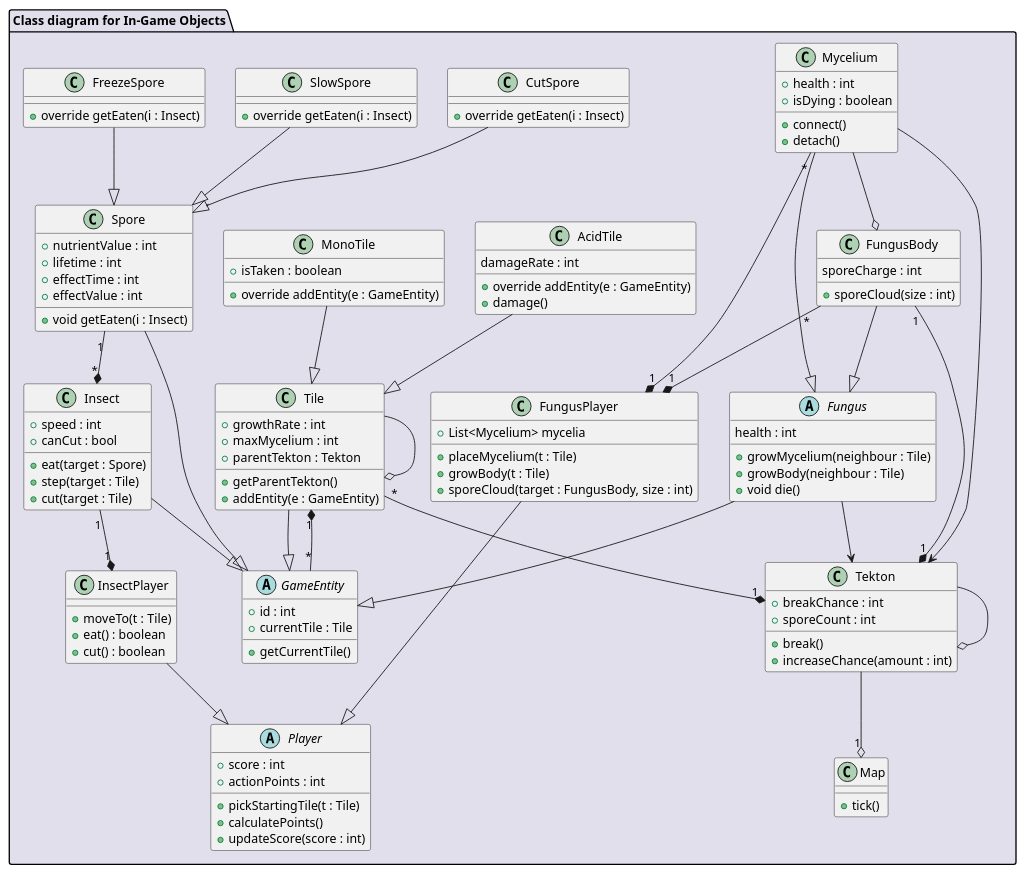
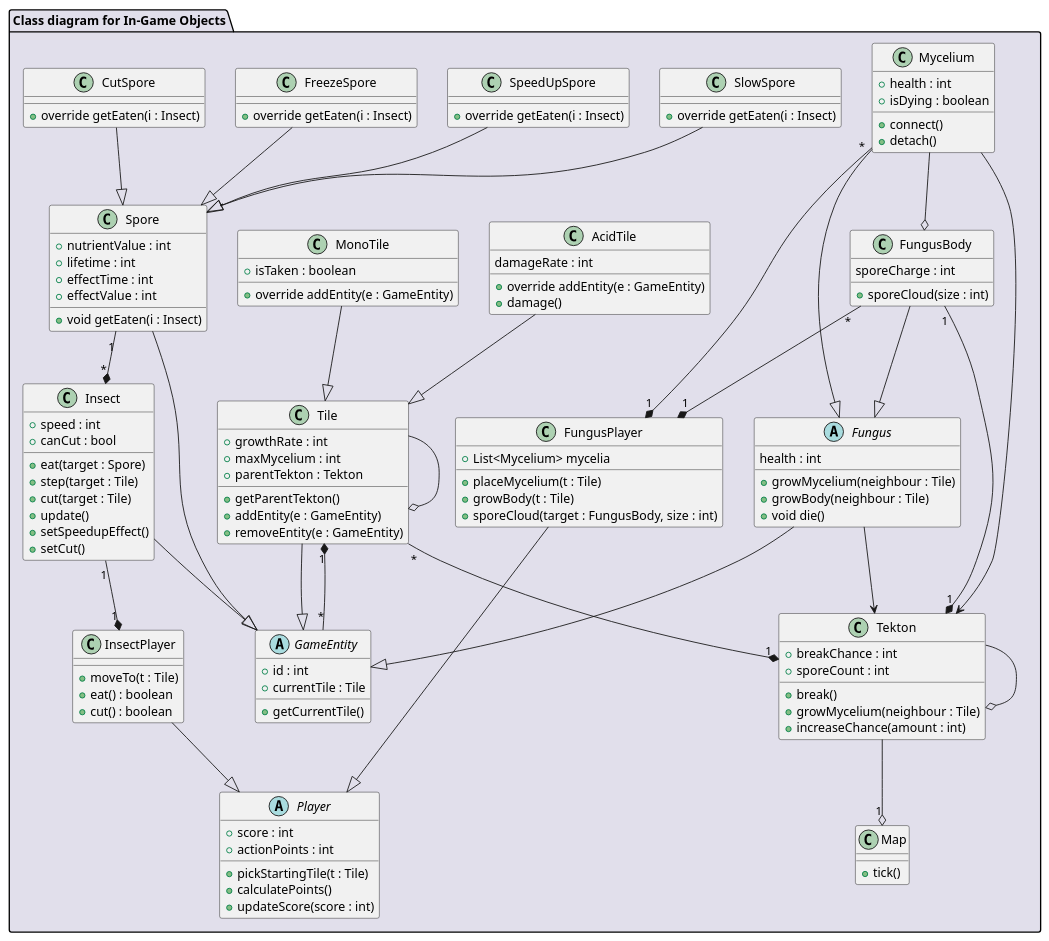
Before and after one commit to Harcipan/Projlab_nullpointerexception: the diagram in diagrams/diagramFiles/CD_InGameObjects.puml, drawn with PlantUML. The commit also changed 4 other files, not shown here.

```diff
--- a/diagrams/diagramFiles/CD_InGameObjects.puml
+++ b/diagrams/diagramFiles/CD_InGameObjects.puml
@@ -1,147 +1,159 @@
 @startuml CD_InGameObjects
 
 package "Class diagram for In-Game Objects" #E1DFEB {
     
     'world elements'
 
     class Map {
         + tick()
     }
 
     class Tekton {
         + breakChance : int
         + sporeCount : int
         + break()
+        + growMycelium(neighbour : Tile)
         + increaseChance(amount : int)
     }
 
     class Tile {
         + growthRate : int
         + maxMycelium : int
         + parentTekton : Tekton
         + getParentTekton()
         + addEntity(e : GameEntity)
+        + removeEntity(e : GameEntity)
     }
 
     class MonoTile {
         + isTaken : boolean
         + override addEntity(e : GameEntity)
     }
 
     class AcidTile {
         damageRate : int
         + override addEntity(e : GameEntity)
         + damage()
     }
     'interactive elements'
 
     abstract class GameEntity {
         + id : int
         + currentTile : Tile
         + getCurrentTile()
     }
 
     class Mycelium {
         + health : int
         + isDying : boolean
         + connect()
         + detach()
     }
 
     class Spore {
         + nutrientValue : int
         + lifetime : int
         + effectTime : int
         + effectValue : int
         + void getEaten(i : Insect)
     }
 
     class SlowSpore {
+        + override getEaten(i : Insect)
+    }
+
+    class SpeedUpSpore {
         + override getEaten(i : Insect)
     }
 
     class FreezeSpore {
         + override getEaten(i : Insect)
     }
 
     class CutSpore {
         + override getEaten(i : Insect)
     }
 
     'playable elements'
 
     abstract class Player {
         + score : int
         + actionPoints : int
         + pickStartingTile(t : Tile)
         + calculatePoints()
         + updateScore(score : int)
     }
 
 
     class FungusPlayer {
         + List<Mycelium> mycelia
         + placeMycelium(t : Tile)
         + growBody(t : Tile)
         + sporeCloud(target : FungusBody, size : int)
     }
 
     abstract class Fungus {
         health : int
         + growMycelium(neighbour : Tile)
         + growBody(neighbour : Tile)
         + void die()
     }
 
     class FungusBody {
         sporeCharge : int
         + sporeCloud(size : int)
     }
     
     class InsectPlayer {
         + moveTo(t : Tile)
         + eat() : boolean
         + cut() : boolean
     }
 
     class Insect {
         + speed : int
         + canCut : bool
         + eat(target : Spore)
         + step(target : Tile)
         + cut(target : Tile)
+        + update()
+        + setSpeedupEffect()
+        + setCut()
     }
 
     'connections'
 
     Spore --|> GameEntity
     Fungus --|> GameEntity
     Insect --|> GameEntity
     Tile --|> GameEntity
 
     Mycelium --o FungusBody
     SlowSpore --|> Spore
     FreezeSpore --|> Spore
+    SpeedUpSpore --|> Spore
     CutSpore --|> Spore
     Tekton --o "1" Map
     FungusBody "1" --* "1" Tekton
     Fungus --> Tekton
     Mycelium --> Tekton
     Tile "*" --* "1" Tekton
     MonoTile --|> Tile
     AcidTile --|> Tile
     
     Mycelium --|> Fungus
     FungusBody --|> Fungus
     GameEntity "*" --* "1" Tile
     Tile  --o  Tile
     Tekton --o Tekton
     FungusPlayer --|> Player
     Mycelium "*" --* "1" FungusPlayer
     InsectPlayer --|> Player
     Insect "1" --* "1" InsectPlayer
     FungusBody "*" --* "1" FungusPlayer
     Spore "1" --* "*" Insect
+
+    
 }
 
 @enduml
```
